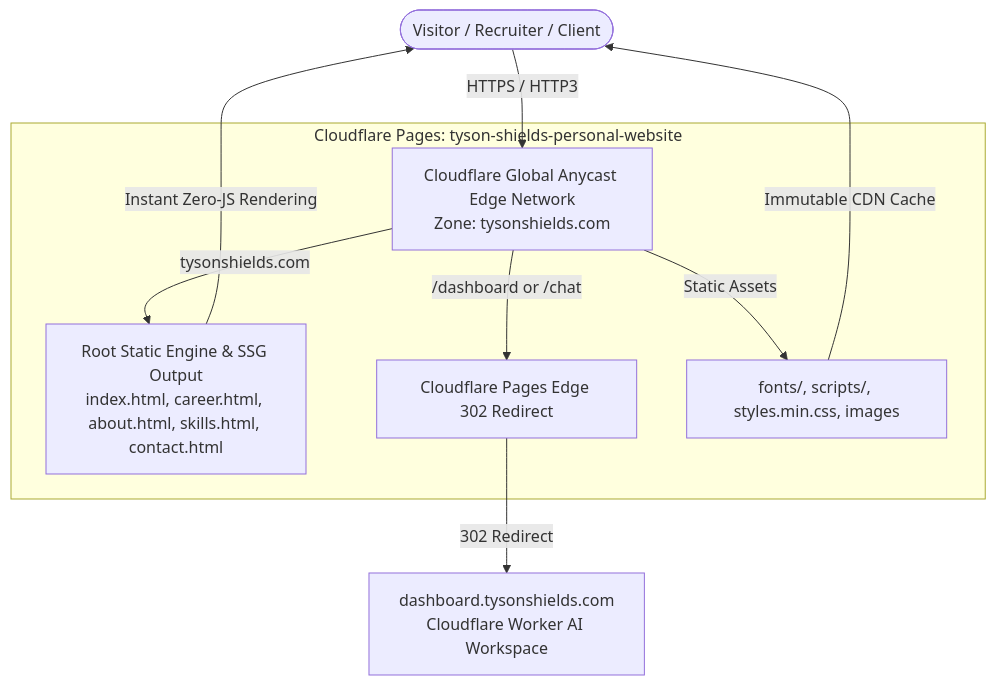
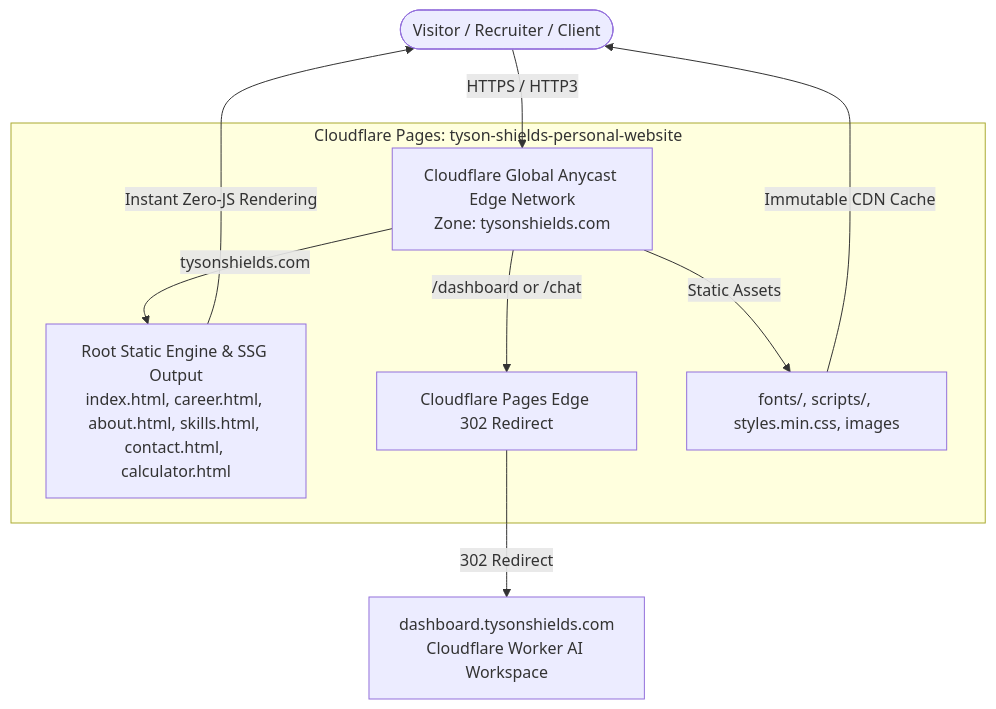
The diagram in README.md (tysonshields00/Tyson-Shields-Personal-Website), drawn with Mermaid before and after one commit. The commit also changed other lines of this file and 20 other files, not shown here.

````diff
--- a/README.md
+++ b/README.md
@@ -20,14 +20,14 @@
 ```mermaid
 graph TD
     User([Visitor / Recruiter / Client]) -->|HTTPS / HTTP3| CF[Cloudflare Global Anycast Edge Network<br/>Zone: tysonshields.com]
     
     subgraph Cloudflare Pages: tyson-shields-personal-website
-        CF -->|tysonshields.com| RootStatic[Root Static Engine & SSG Output<br/>index.html, career.html, about.html, skills.html, contact.html]
+        CF -->|tysonshields.com| RootStatic[Root Static Engine & SSG Output<br/>index.html, career.html, about.html, skills.html, contact.html, calculator.html]
         CF -->|/dashboard or /chat| Redir[Cloudflare Pages Edge 302 Redirect]
         CF -->|Static Assets| EdgeAssets[fonts/, scripts/, styles.min.css, images]
     end
 
     Redir -->|302 Redirect| WorkerApp[dashboard.tysonshields.com<br/>Cloudflare Worker AI Workspace]
     RootStatic -->|Instant Zero-JS Rendering| User
     EdgeAssets -->|Immutable CDN Cache| User
 ```
````
